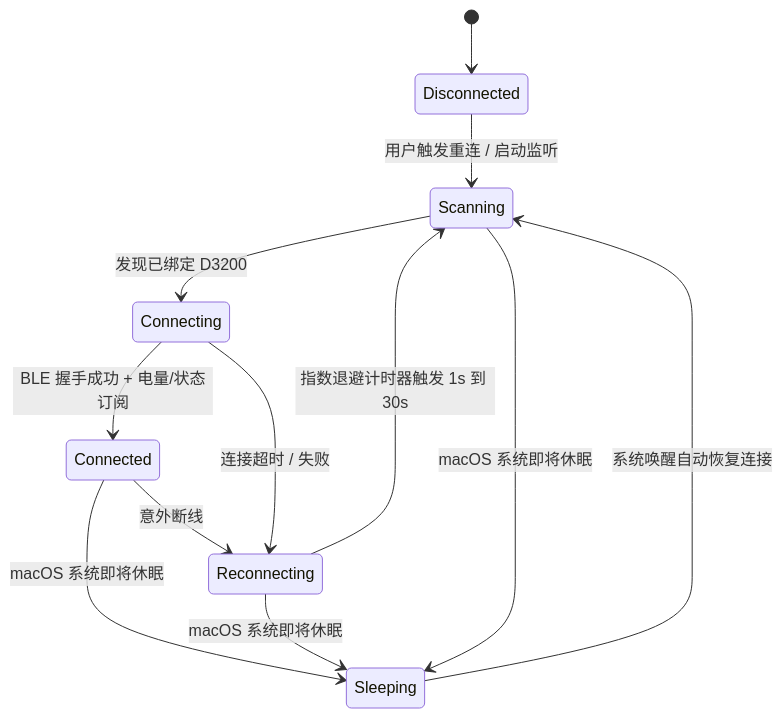
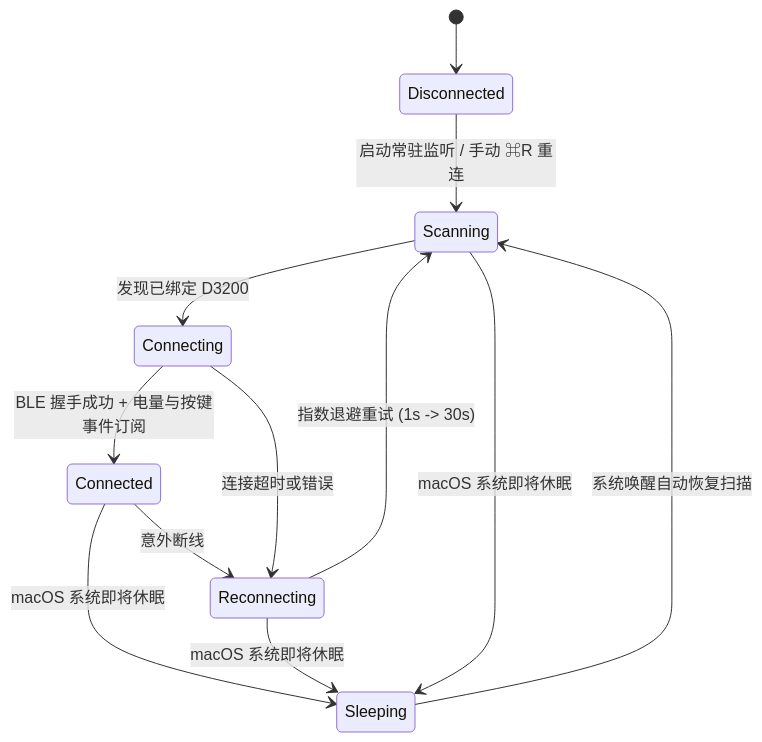
The diagram in README.md (sup-lh/beanbridge), drawn with Mermaid before and after one commit. The commit also changed other lines of this file and 44 other files, not shown here.

````diff
--- a/README.md
+++ b/README.md
@@ -243,14 +228,14 @@
 ```mermaid
 stateDiagram-v2
     [*] --> Disconnected
-    Disconnected --> Scanning: 用户触发重连 / 启动监听
+    Disconnected --> Scanning: 启动常驻监听 / 手动 ⌘R 重连
     Scanning --> Connecting: 发现已绑定 D3200
-    Connecting --> Connected: BLE 握手成功 + 电量/状态订阅
+    Connecting --> Connected: BLE 握手成功 + 电量与按键事件订阅
     Connected --> Reconnecting: 意外断线
-    Connecting --> Reconnecting: 连接超时 / 失败
-    Reconnecting --> Scanning: 指数退避计时器触发 1s 到 30s
+    Connecting --> Reconnecting: 连接超时或错误
+    Reconnecting --> Scanning: 指数退避重试 (1s -> 30s)
     Connected --> Sleeping: macOS 系统即将休眠
     Reconnecting --> Sleeping: macOS 系统即将休眠
     Scanning --> Sleeping: macOS 系统即将休眠
-    Sleeping --> Scanning: 系统唤醒自动恢复连接
+    Sleeping --> Scanning: 系统唤醒自动恢复扫描
 ```
````
